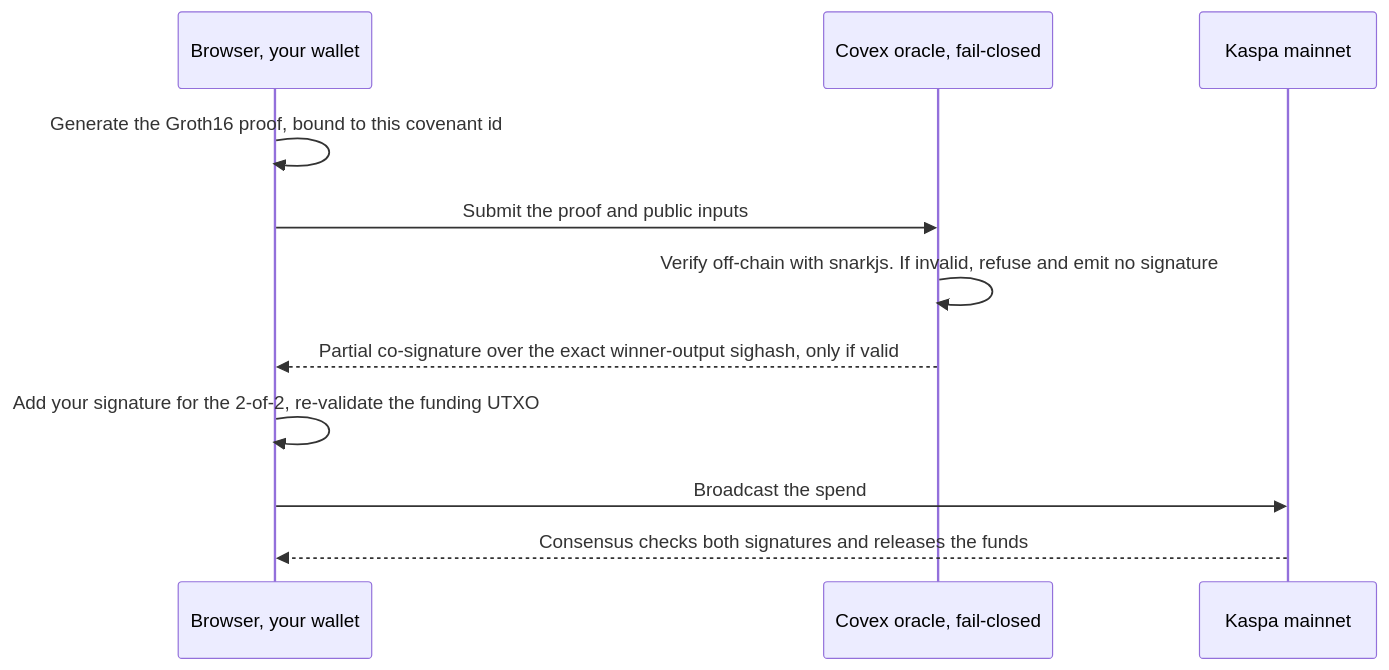
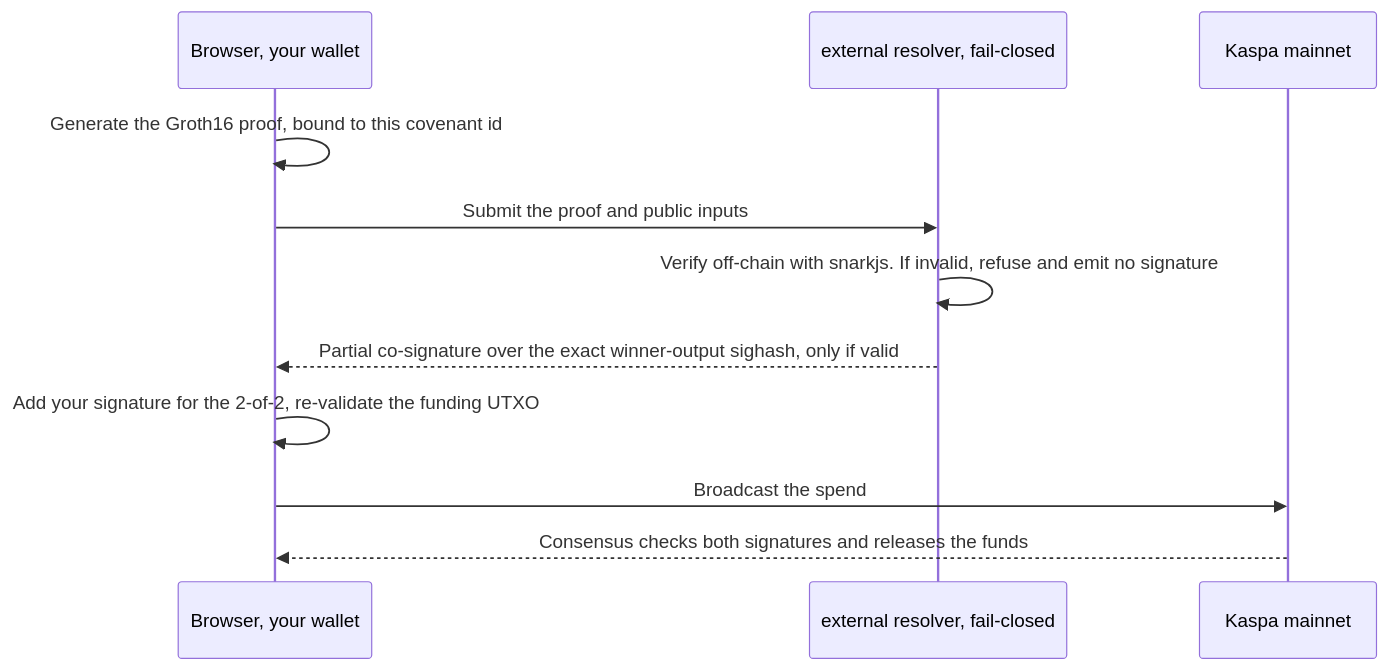
The fifth of 5 diagrams in README.md (THTProtocol/Covex27), drawn with Mermaid before and after one commit. The commit also changed other lines of this file and 66 other files, not shown here.

First line of the commit message:
fix(honesty): there is no Covex oracle - reframe all enforcement copy to external resolver / off-chain verification

````diff
--- a/README.md
+++ b/README.md
@@ -232,13 +232,13 @@
 ```mermaid
 sequenceDiagram
   participant B as Browser, your wallet
-  participant O as Covex oracle, fail-closed
+  participant O as external resolver, fail-closed
   participant K as Kaspa mainnet
   B->>B: Generate the Groth16 proof, bound to this covenant id
   B->>O: Submit the proof and public inputs
   O->>O: Verify off-chain with snarkjs. If invalid, refuse and emit no signature
   O-->>B: Partial co-signature over the exact winner-output sighash, only if valid
   B->>B: Add your signature for the 2-of-2, re-validate the funding UTXO
   B->>K: Broadcast the spend
   K-->>B: Consensus checks both signatures and releases the funds
 ```
````
